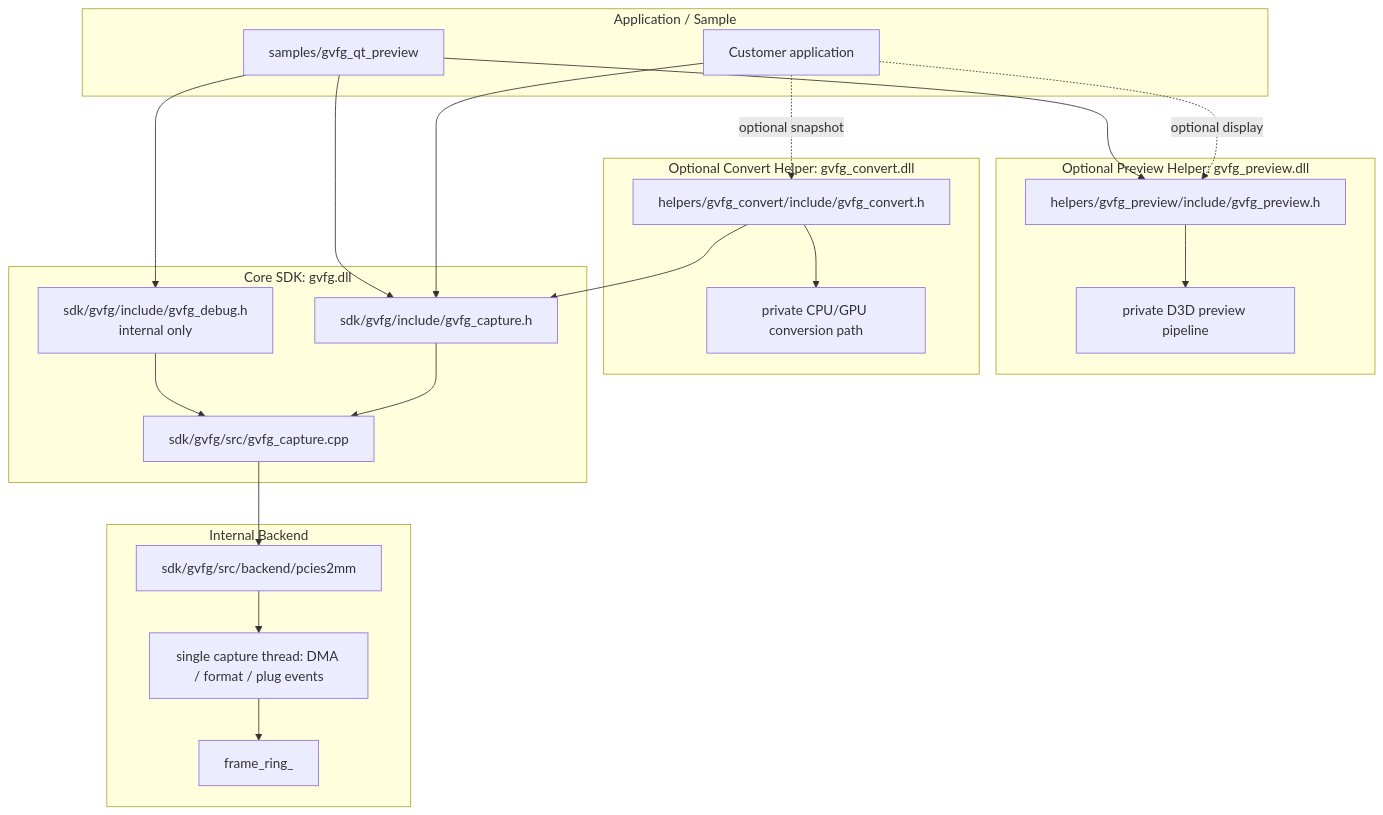
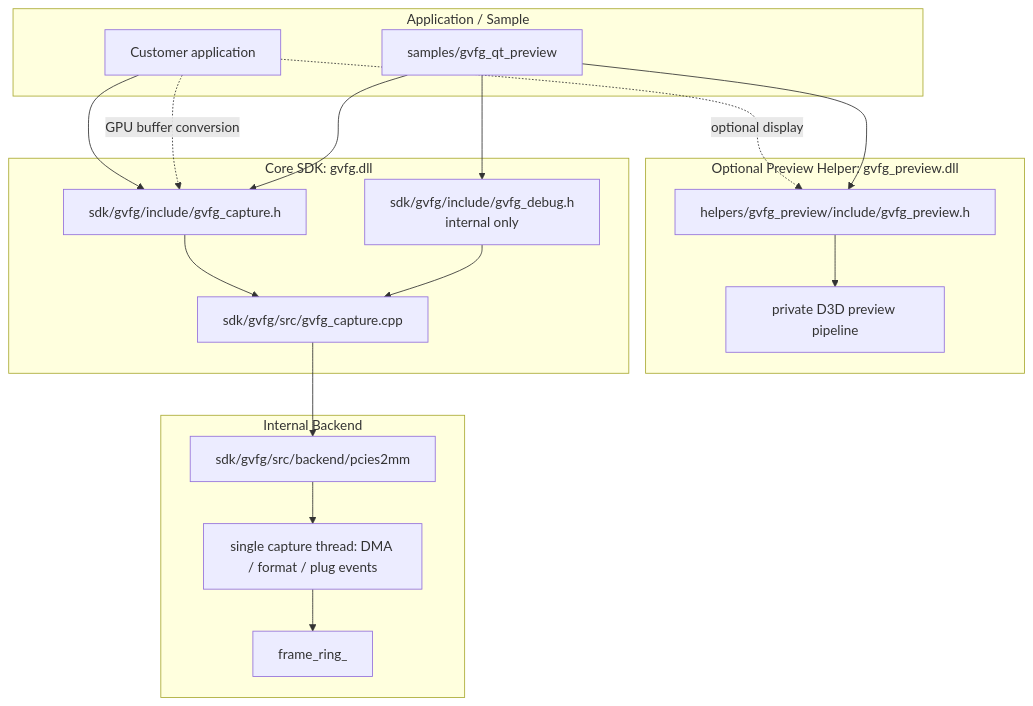
The diagram in docs/GVFG_INTERNAL_NOTES.md (MarquezLin/GVFG_Standalone), drawn with Mermaid before and after one commit. The commit also changed other lines of this file and 32 other files, not shown here.

Commit message:
Integrate GPU conversion and update capture pipeline

````diff
--- a/docs/GVFG_INTERNAL_NOTES.md
+++ b/docs/GVFG_INTERNAL_NOTES.md
@@ -61,44 +57,37 @@
 ```mermaid
 flowchart TD
     subgraph App["Application / Sample"]
         QtApp["samples/gvfg_qt_preview"]
         CustomerApp["Customer application"]
     end
 
     subgraph Preview["Optional Preview Helper: gvfg_preview.dll"]
         PreviewApi["helpers/gvfg_preview/include/gvfg_preview.h"]
         PreviewPipe["private D3D preview pipeline"]
-    end
-
-    subgraph Convert["Optional Convert Helper: gvfg_convert.dll"]
-        ConvertApi["helpers/gvfg_convert/include/gvfg_convert.h"]
-        ConvertPipe["private CPU/GPU conversion path"]
     end
 
     subgraph SDK["Core SDK: gvfg.dll"]
         CaptureApi["sdk/gvfg/include/gvfg_capture.h"]
         DebugApi["sdk/gvfg/include/gvfg_debug.h\ninternal only"]
         Facade["sdk/gvfg/src/gvfg_capture.cpp"]
     end
 
     subgraph Backend["Internal Backend"]
         PcieS2mm["sdk/gvfg/src/backend/pcies2mm"]
         Ring["frame_ring_"]
         Workers["single capture thread: DMA / format / plug events"]
     end
 
     CustomerApp --> CaptureApi
     CustomerApp -. optional display .-> PreviewApi
-    CustomerApp -. optional snapshot .-> ConvertApi
+    CustomerApp -. GPU buffer conversion .-> CaptureApi
     QtApp --> CaptureApi
     QtApp --> DebugApi
     QtApp --> PreviewApi
     PreviewApi --> PreviewPipe
-    ConvertApi --> ConvertPipe
-    ConvertApi --> CaptureApi
     CaptureApi --> Facade
     DebugApi --> Facade
     Facade --> PcieS2mm
     PcieS2mm --> Workers
     Workers --> Ring
 ```
````
